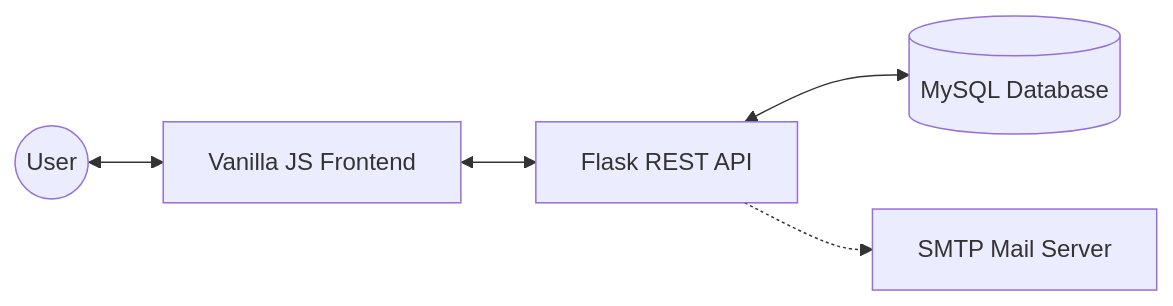
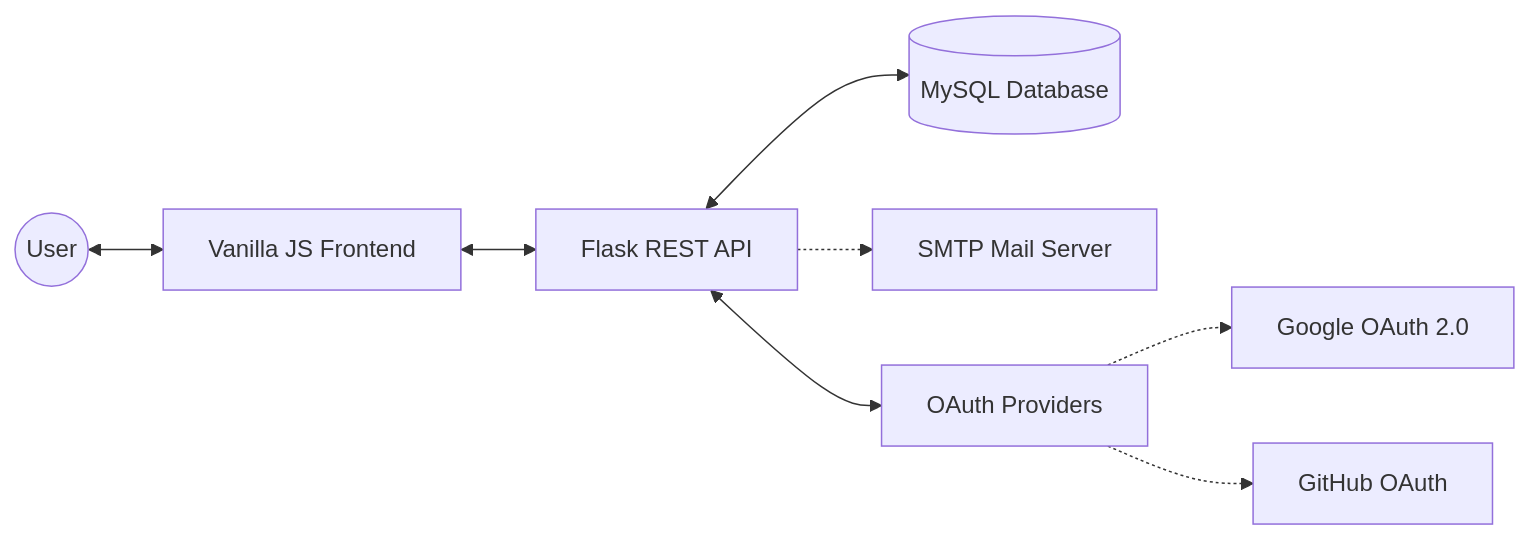
One commit to WindStack-cmd/student-helper changed the first of 2 diagrams in README.md. Above: the diagram before and after it, drawn with Mermaid. The commit also changed other lines of this file, not shown here.

````diff
--- a/README.md
+++ b/README.md
@@ -22,7 +21,10 @@
 ```mermaid
 graph LR
     User((User)) <--> Frontend[Vanilla JS Frontend]
     Frontend <--> API[Flask REST API]
     API <--> DB[(MySQL Database)]
     API -.-> Email[SMTP Mail Server]
+    API <--> OAuth[OAuth Providers]
+    OAuth -.-> Google[Google OAuth 2.0]
+    OAuth -.-> GitHub[GitHub OAuth]
 ```
````
